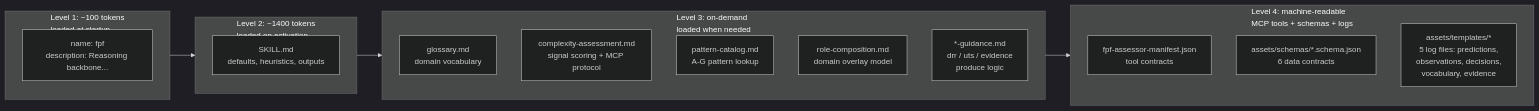
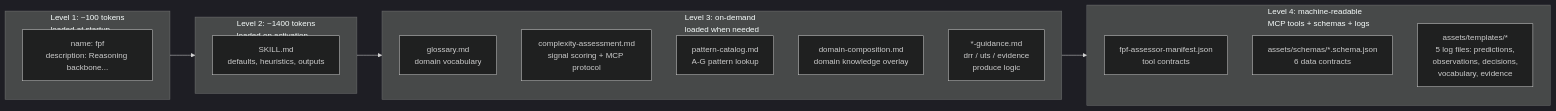
Before and after one commit to TheLazzziest/forge: the first of 2 diagrams in files/skills/fpf/README.md, drawn with Mermaid (dark theme). The commit also changed other lines of this file and 6 other files, not shown here.

````diff
--- a/files/skills/fpf/README.md
+++ b/files/skills/fpf/README.md
@@ -171,26 +177,26 @@
 ```mermaid
 flowchart LR
     subgraph L1["Level 1: ~100 tokens<br/>loaded at startup"]
         META["name: fpf<br/>description: Reasoning backbone..."]
     end
 
     subgraph L2["Level 2: ~1400 tokens<br/>loaded on activation"]
         SKILL["SKILL.md<br/>defaults, heuristics, outputs"]
     end
 
     subgraph L3["Level 3: on-demand<br/>loaded when needed"]
         GLOSSARY["glossary.md<br/>domain vocabulary"]
         COMPLEX["complexity-assessment.md<br/>signal scoring + MCP protocol"]
         PATTERNS["pattern-catalog.md<br/>A-G pattern lookup"]
-        ROLES["role-composition.md<br/>domain overlay model"]
+        DOMAIN["domain-composition.md<br/>domain knowledge overlay"]
         GUIDANCE["*-guidance.md<br/>drr / uts / evidence<br/>produce logic"]
     end
 
     subgraph L4["Level 4: machine-readable<br/>MCP tools + schemas + logs"]
         MANIFEST["fpf-assessor-manifest.json<br/>tool contracts"]
         SCHEMAS["assets/schemas/*.schema.json<br/>6 data contracts"]
         TEMPLATES["assets/templates/*<br/>5 log files: predictions,<br/>observations, decisions,<br/>vocabulary, evidence"]
     end
 
     L1 --> L2 --> L3 --> L4
 ```
````
